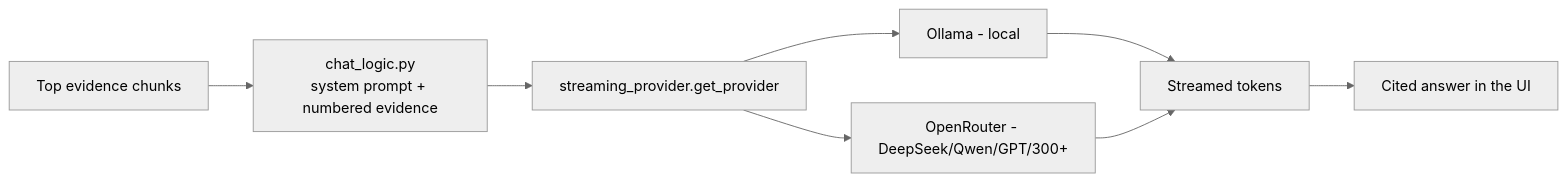
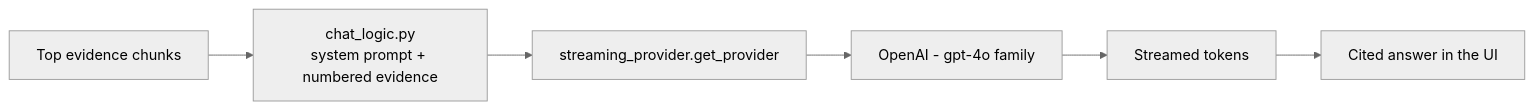
The fourth of 5 diagrams in docs/PIPELINE.md (anistondeveloperteam-ANT/Audio-research-assistant), drawn with Mermaid (neutral theme) before and after one commit. The commit also changed other lines of this file and 9 other files, not shown here.

First line of the commit message:
Switch LLM to OpenAI only; drop Ollama and OpenRouter

````diff
--- a/docs/PIPELINE.md
+++ b/docs/PIPELINE.md
@@ -196,10 +196,8 @@
 ```mermaid
 flowchart LR
     EV[Top evidence chunks] --> SP[chat_logic.py<br/>system prompt + numbered evidence]
     SP --> PROV[streaming_provider.get_provider]
-    PROV --> OLL[Ollama - local]
-    PROV --> OR[OpenRouter - DeepSeek/Qwen/GPT/300+]
-    OLL --> TOK[Streamed tokens]
-    OR --> TOK
+    PROV --> OAI[OpenAI - gpt-4o family]
+    OAI --> TOK[Streamed tokens]
     TOK --> ANS[Cited answer in the UI]
 ```
````
